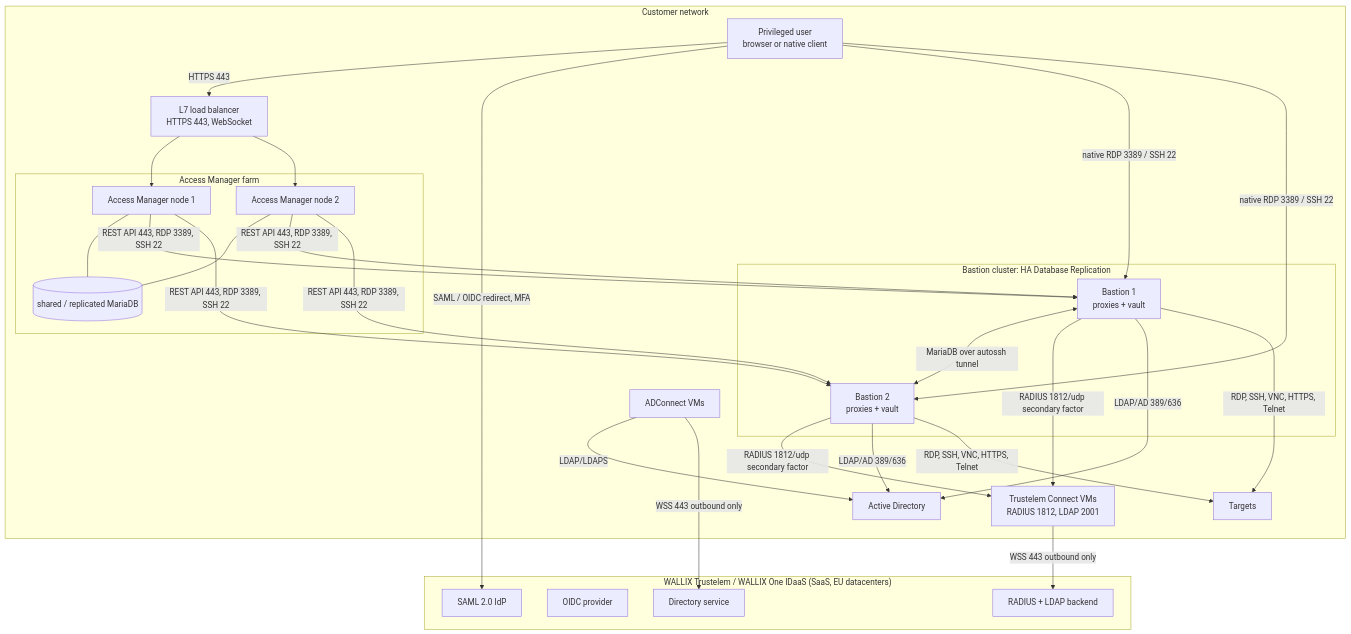
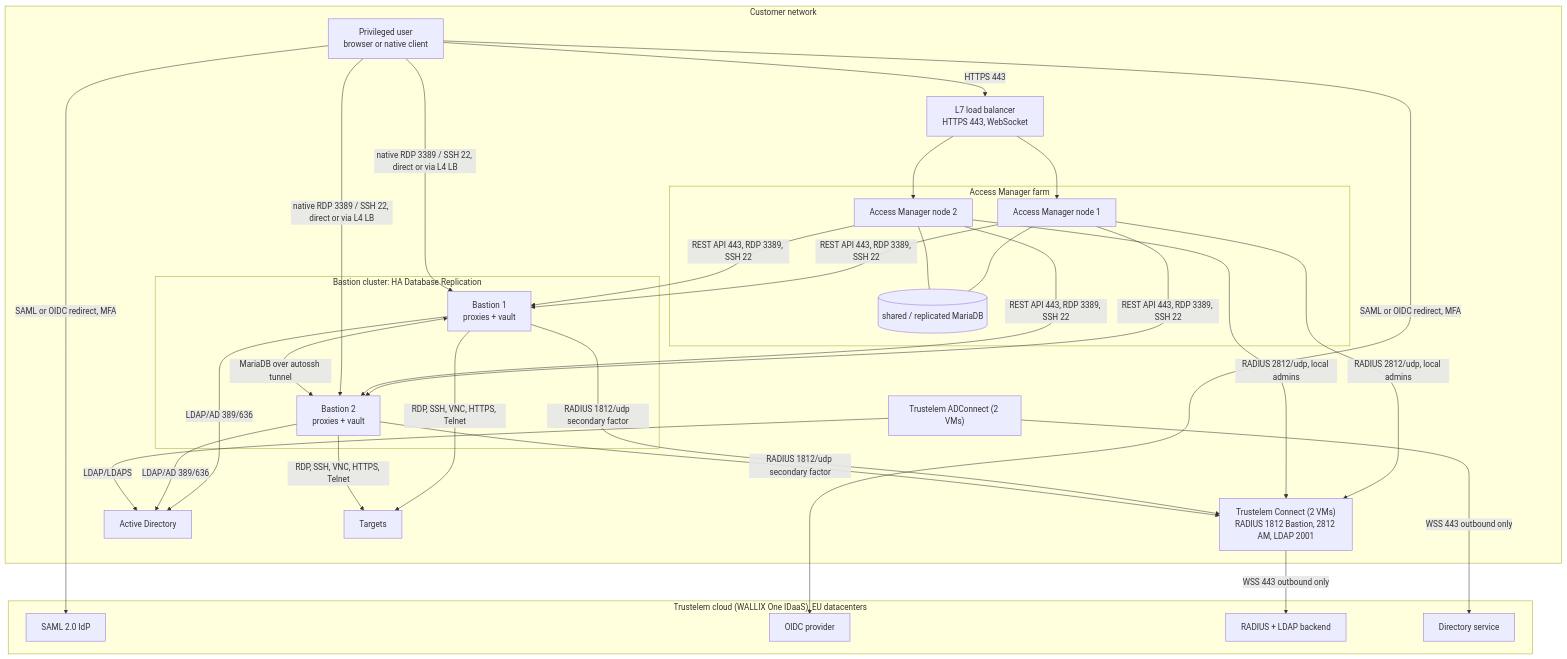
One commit to morandeirachema/Trustelem- changed the diagram in docs/reference/vendor-meeting-script.md. Above: the diagram before and after it, drawn with Mermaid. The commit also changed other lines of this file and 19 other files, not shown here.

Commit message:
Audit pass 2: diagrams synced with text, AM RADIUS listener 2812, Authentication domain name rule, gap B7

````diff
--- a/docs/reference/vendor-meeting-script.md
+++ b/docs/reference/vendor-meeting-script.md
@@ -26,40 +26,41 @@
 ```mermaid
 flowchart TB
-    subgraph CLOUD["WALLIX Trustelem / WALLIX One IDaaS (SaaS, EU datacenters)"]
+    subgraph CLOUD["Trustelem cloud (WALLIX One IDaaS), EU datacenters"]
         SAML["SAML 2.0 IdP"]
         OIDC["OIDC provider"]
         RAD["RADIUS + LDAP backend"]
         DIR["Directory service"]
     end
     subgraph ONPREM["Customer network"]
         USER["Privileged user<br/>browser or native client"]
         LB["L7 load balancer<br/>HTTPS 443, WebSocket"]
         subgraph AMC["Access Manager farm"]
             AM1["Access Manager node 1"]
             AM2["Access Manager node 2"]
             DB[("shared / replicated MariaDB")]
         end
         subgraph BC["Bastion cluster: HA Database Replication"]
             B1["Bastion 1<br/>proxies + vault"]
             B2["Bastion 2<br/>proxies + vault"]
         end
-        CONNECT["Trustelem Connect VMs<br/>RADIUS 1812, LDAP 2001"]
-        ADC["ADConnect VMs"]
+        CONNECT["Trustelem Connect (2 VMs)<br/>RADIUS 1812 Bastion, 2812 AM, LDAP 2001"]
+        ADC["Trustelem ADConnect (2 VMs)"]
         AD["Active Directory"]
         TGT["Targets"]
     end
     USER -->|HTTPS 443| LB
-    USER -->|SAML / OIDC redirect, MFA| SAML
+    USER -->|SAML or OIDC redirect, MFA| SAML & OIDC
     LB --> AM1 & AM2
     AM1 --- DB
     AM2 --- DB
     AM1 & AM2 -->|REST API 443, RDP 3389, SSH 22| B1 & B2
-    USER -->|native RDP 3389 / SSH 22| B1 & B2
+    USER -->|native RDP 3389 / SSH 22, direct or via L4 LB| B1 & B2
+    AM1 & AM2 -->|RADIUS 2812/udp, local admins| CONNECT
     B1 <-->|MariaDB over autossh tunnel| B2
     B1 & B2 -->|RADIUS 1812/udp secondary factor| CONNECT
     B1 & B2 -->|LDAP/AD 389/636| AD
     CONNECT -->|WSS 443 outbound only| RAD
     ADC -->|LDAP/LDAPS| AD
     ADC -->|WSS 443 outbound only| DIR
     B1 & B2 -->|RDP, SSH, VNC, HTTPS, Telnet| TGT
 ```
````
